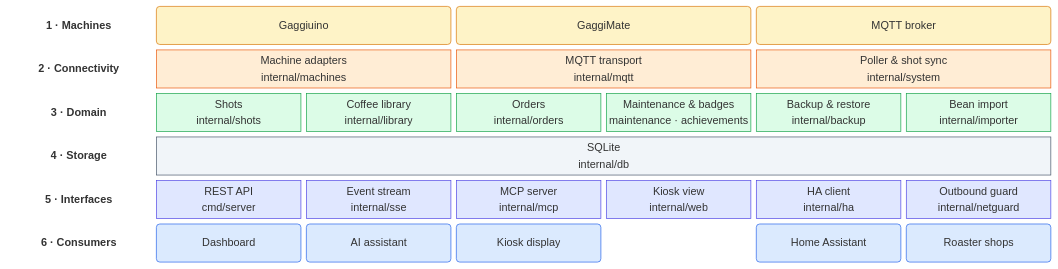
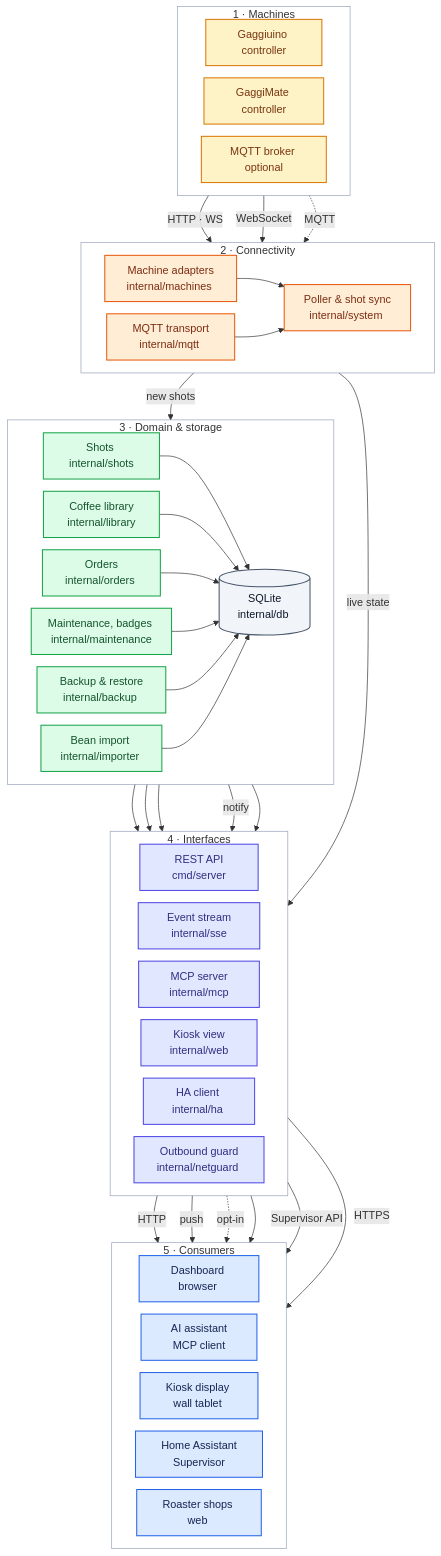
One commit to mxkissnr/gaggiuino-local-profiler changed the second of 2 diagrams in README.md. Above: the diagram before and after it, drawn with Mermaid. The commit also changed other lines of this file, not shown here.

Commit message:
docs(readme): render app internals as a layered flowchart
Replace the block-beta app-internals diagram with a layered flowchart TB and update the accompanying prose to describe the layer flow.

Closes #1210

````diff
--- a/README.md
+++ b/README.md
@@ -283,31 +283,85 @@
 ```mermaid
-block-beta
-  columns 7
-  L1["1 · Machines"]:1
-  GGU("Gaggiuino"):2 GM("GaggiMate"):2 BRK("MQTT broker"):2
-  L2["2 · Connectivity"]:1
-  ADP["Machine adapters<br/>internal/machines"]:2 MQ["MQTT transport<br/>internal/mqtt"]:2 POLL["Poller &amp; shot sync<br/>internal/system"]:2
-  L3["3 · Domain"]:1
-  SH["Shots<br/>internal/shots"] LIB["Coffee library<br/>internal/library"] ORD["Orders<br/>internal/orders"] MNT["Maintenance &amp; badges<br/>maintenance · achievements"] BK["Backup &amp; restore<br/>internal/backup"] IMP["Bean import<br/>internal/importer"]
-  L4["4 · Storage"]:1
-  DB["SQLite<br/>internal/db"]:6
-  L5["5 · Interfaces"]:1
-  API["REST API<br/>cmd/server"] SSE["Event stream<br/>internal/sse"] MCP["MCP server<br/>internal/mcp"] WEB["Kiosk view<br/>internal/web"] HAC["HA client<br/>internal/ha"] NET["Outbound guard<br/>internal/netguard"]
-  L6["6 · Consumers"]:1
-  SPA("Dashboard") AI("AI assistant") KIOSK("Kiosk display") space HA("Home Assistant") RS("Roaster shops")
+%%{init: {"flowchart": {"curve": "basis", "nodeSpacing": 18, "rankSpacing": 45, "padding": 10}}}%%
+flowchart TB
+  subgraph L1["1 · Machines"]
+    direction LR
+    GGU["&nbsp;&nbsp;&nbsp;&nbsp;&nbsp;&nbsp;Gaggiuino&nbsp;&nbsp;&nbsp;&nbsp;&nbsp;&nbsp;&nbsp;<br/>&nbsp;&nbsp;&nbsp;&nbsp;&nbsp;&nbsp;controller&nbsp;&nbsp;&nbsp;&nbsp;&nbsp;&nbsp;"]
+    GM["&nbsp;&nbsp;&nbsp;&nbsp;&nbsp;&nbsp;GaggiMate&nbsp;&nbsp;&nbsp;&nbsp;&nbsp;&nbsp;&nbsp;<br/>&nbsp;&nbsp;&nbsp;&nbsp;&nbsp;&nbsp;controller&nbsp;&nbsp;&nbsp;&nbsp;&nbsp;&nbsp;"]
+    BRK["&nbsp;&nbsp;&nbsp;&nbsp;&nbsp;MQTT broker&nbsp;&nbsp;&nbsp;&nbsp;&nbsp;&nbsp;<br/>&nbsp;&nbsp;&nbsp;&nbsp;&nbsp;&nbsp;&nbsp;optional&nbsp;&nbsp;&nbsp;&nbsp;&nbsp;&nbsp;&nbsp;"]
+  end
+  subgraph L2["2 · Connectivity"]
+    direction LR
+    ADP["&nbsp;&nbsp;&nbsp;Machine adapters&nbsp;&nbsp;&nbsp;<br/>&nbsp;&nbsp;internal/machines&nbsp;&nbsp;&nbsp;"]
+    MQ["&nbsp;&nbsp;&nbsp;&nbsp;MQTT transport&nbsp;&nbsp;&nbsp;&nbsp;<br/>&nbsp;&nbsp;&nbsp;&nbsp;internal/mqtt&nbsp;&nbsp;&nbsp;&nbsp;&nbsp;"]
+    POLL["&nbsp;&nbsp;Poller &amp; shot sync&nbsp;&nbsp;<br/>&nbsp;&nbsp;&nbsp;internal/system&nbsp;&nbsp;&nbsp;&nbsp;"]
+  end
+  subgraph L3["3 · Domain & storage"]
+    direction LR
+    SHOTS["&nbsp;&nbsp;&nbsp;&nbsp;&nbsp;&nbsp;&nbsp;&nbsp;Shots&nbsp;&nbsp;&nbsp;&nbsp;&nbsp;&nbsp;&nbsp;&nbsp;&nbsp;<br/>&nbsp;&nbsp;&nbsp;&nbsp;internal/shots&nbsp;&nbsp;&nbsp;&nbsp;"]
+    LIB["&nbsp;&nbsp;&nbsp;&nbsp;Coffee library&nbsp;&nbsp;&nbsp;&nbsp;<br/>&nbsp;&nbsp;&nbsp;internal/library&nbsp;&nbsp;&nbsp;"]
+    ORD["&nbsp;&nbsp;&nbsp;&nbsp;&nbsp;&nbsp;&nbsp;&nbsp;Orders&nbsp;&nbsp;&nbsp;&nbsp;&nbsp;&nbsp;&nbsp;&nbsp;<br/>&nbsp;&nbsp;&nbsp;internal/orders&nbsp;&nbsp;&nbsp;&nbsp;"]
+    MNT["&nbsp;Maintenance, badges&nbsp;&nbsp;<br/>&nbsp;internal/maintenance&nbsp;"]
+    BK["&nbsp;&nbsp;&nbsp;Backup &amp; restore&nbsp;&nbsp;&nbsp;<br/>&nbsp;&nbsp;&nbsp;internal/backup&nbsp;&nbsp;&nbsp;&nbsp;"]
+    IMP["&nbsp;&nbsp;&nbsp;&nbsp;&nbsp;Bean import&nbsp;&nbsp;&nbsp;&nbsp;&nbsp;&nbsp;<br/>&nbsp;&nbsp;internal/importer&nbsp;&nbsp;&nbsp;"]
+    DB[("&nbsp;&nbsp;&nbsp;&nbsp;&nbsp;&nbsp;&nbsp;&nbsp;SQLite&nbsp;&nbsp;&nbsp;&nbsp;&nbsp;&nbsp;&nbsp;&nbsp;<br/>&nbsp;&nbsp;&nbsp;&nbsp;&nbsp;internal/db&nbsp;&nbsp;&nbsp;&nbsp;&nbsp;&nbsp;")]
+  end
+  subgraph L4["4 · Interfaces"]
+    direction LR
+    API["&nbsp;&nbsp;&nbsp;&nbsp;&nbsp;&nbsp;&nbsp;REST API&nbsp;&nbsp;&nbsp;&nbsp;&nbsp;&nbsp;&nbsp;<br/>&nbsp;&nbsp;&nbsp;&nbsp;&nbsp;&nbsp;cmd/server&nbsp;&nbsp;&nbsp;&nbsp;&nbsp;&nbsp;"]
+    SSE["&nbsp;&nbsp;&nbsp;&nbsp;&nbsp;Event stream&nbsp;&nbsp;&nbsp;&nbsp;&nbsp;<br/>&nbsp;&nbsp;&nbsp;&nbsp;&nbsp;internal/sse&nbsp;&nbsp;&nbsp;&nbsp;&nbsp;"]
+    MCP["&nbsp;&nbsp;&nbsp;&nbsp;&nbsp;&nbsp;MCP server&nbsp;&nbsp;&nbsp;&nbsp;&nbsp;&nbsp;<br/>&nbsp;&nbsp;&nbsp;&nbsp;&nbsp;internal/mcp&nbsp;&nbsp;&nbsp;&nbsp;&nbsp;"]
+    WEB["&nbsp;&nbsp;&nbsp;&nbsp;&nbsp;&nbsp;Kiosk view&nbsp;&nbsp;&nbsp;&nbsp;&nbsp;&nbsp;<br/>&nbsp;&nbsp;&nbsp;&nbsp;&nbsp;internal/web&nbsp;&nbsp;&nbsp;&nbsp;&nbsp;"]
+    HAC["&nbsp;&nbsp;&nbsp;&nbsp;&nbsp;&nbsp;HA client&nbsp;&nbsp;&nbsp;&nbsp;&nbsp;&nbsp;&nbsp;<br/>&nbsp;&nbsp;&nbsp;&nbsp;&nbsp;internal/ha&nbsp;&nbsp;&nbsp;&nbsp;&nbsp;&nbsp;"]
+    NET["&nbsp;&nbsp;&nbsp;&nbsp;Outbound guard&nbsp;&nbsp;&nbsp;&nbsp;<br/>&nbsp;&nbsp;internal/netguard&nbsp;&nbsp;&nbsp;"]
+  end
+  subgraph L5["5 · Consumers"]
+    direction LR
+    SPA["&nbsp;&nbsp;&nbsp;&nbsp;&nbsp;&nbsp;Dashboard&nbsp;&nbsp;&nbsp;&nbsp;&nbsp;&nbsp;&nbsp;<br/>&nbsp;&nbsp;&nbsp;&nbsp;&nbsp;&nbsp;&nbsp;browser&nbsp;&nbsp;&nbsp;&nbsp;&nbsp;&nbsp;&nbsp;&nbsp;"]
+    AI["&nbsp;&nbsp;&nbsp;&nbsp;&nbsp;AI assistant&nbsp;&nbsp;&nbsp;&nbsp;&nbsp;<br/>&nbsp;&nbsp;&nbsp;&nbsp;&nbsp;&nbsp;MCP client&nbsp;&nbsp;&nbsp;&nbsp;&nbsp;&nbsp;"]
+    KIO["&nbsp;&nbsp;&nbsp;&nbsp;Kiosk display&nbsp;&nbsp;&nbsp;&nbsp;&nbsp;<br/>&nbsp;&nbsp;&nbsp;&nbsp;&nbsp;wall tablet&nbsp;&nbsp;&nbsp;&nbsp;&nbsp;&nbsp;"]
+    HA["&nbsp;&nbsp;&nbsp;&nbsp;Home Assistant&nbsp;&nbsp;&nbsp;&nbsp;<br/>&nbsp;&nbsp;&nbsp;&nbsp;&nbsp;&nbsp;Supervisor&nbsp;&nbsp;&nbsp;&nbsp;&nbsp;&nbsp;"]
+    RS["&nbsp;&nbsp;&nbsp;&nbsp;Roaster shops&nbsp;&nbsp;&nbsp;&nbsp;&nbsp;<br/>&nbsp;&nbsp;&nbsp;&nbsp;&nbsp;&nbsp;&nbsp;&nbsp;&nbsp;web&nbsp;&nbsp;&nbsp;&nbsp;&nbsp;&nbsp;&nbsp;&nbsp;&nbsp;&nbsp;"]
+  end
 
-  classDef layer fill:none,stroke:none,color:#94a3b8,font-weight:bold
-  classDef machine fill:#fef3c7,stroke:#d97706,color:#78350f
-  classDef conn fill:#ffedd5,stroke:#ea580c,color:#7c2d12
-  classDef domain fill:#dcfce7,stroke:#16a34a,color:#14532d
-  classDef store fill:#f1f5f9,stroke:#475569,color:#0f172a
-  classDef iface fill:#e0e7ff,stroke:#4f46e5,color:#312e81
-  classDef consumer fill:#dbeafe,stroke:#2563eb,color:#172554
-  class L1,L2,L3,L4,L5,L6 layer
+  GGU -->|"HTTP · WS"| ADP
+  GM -->|"WebSocket"| ADP
+  BRK -.->|"MQTT"| MQ
+  ADP --> POLL
+  MQ --> POLL
+  POLL -->|"new shots"| SHOTS
+  POLL -->|"live state"| SSE
+  SHOTS --> DB
+  LIB --> DB
+  ORD --> DB
+  MNT --> DB
+  BK --> DB
+  IMP --> DB
+  DB --> API
+  DB --> MCP
+  DB --> WEB
+  ORD -->|"notify"| HAC
+  IMP --> NET
+  API -->|"HTTP"| SPA
+  SSE -->|"push"| SPA
+  MCP -.->|"opt-in"| AI
+  WEB --> KIO
+  HAC -->|"Supervisor API"| HA
+  NET -->|"HTTPS"| RS
+  classDef machine fill:#fef3c7,stroke:#d97706,stroke-width:1.5px,color:#78350f
+  classDef conn fill:#ffedd5,stroke:#ea580c,stroke-width:1.5px,color:#7c2d12
+  classDef domain fill:#dcfce7,stroke:#16a34a,stroke-width:1.5px,color:#14532d
+  classDef store fill:#f1f5f9,stroke:#475569,stroke-width:1.5px,color:#0f172a
+  classDef iface fill:#e0e7ff,stroke:#4f46e5,stroke-width:1.5px,color:#312e81
+  classDef consumer fill:#dbeafe,stroke:#2563eb,stroke-width:1.5px,color:#172554
   class GGU,GM,BRK machine
   class ADP,MQ,POLL conn
-  class SH,LIB,ORD,MNT,BK,IMP domain
+  class SHOTS,LIB,ORD,MNT,BK,IMP domain
   class DB store
   class API,SSE,MCP,WEB,HAC,NET iface
-  class SPA,AI,KIOSK,HA,RS consumer
+  class SPA,AI,KIO,HA,RS consumer
+  style L1 fill:#f8fafc10,stroke:#94a3b8
+  style L2 fill:#f8fafc10,stroke:#94a3b8
+  style L3 fill:#f8fafc10,stroke:#94a3b8
+  style L4 fill:#f8fafc10,stroke:#94a3b8
+  style L5 fill:#f8fafc10,stroke:#94a3b8
 ```
````
